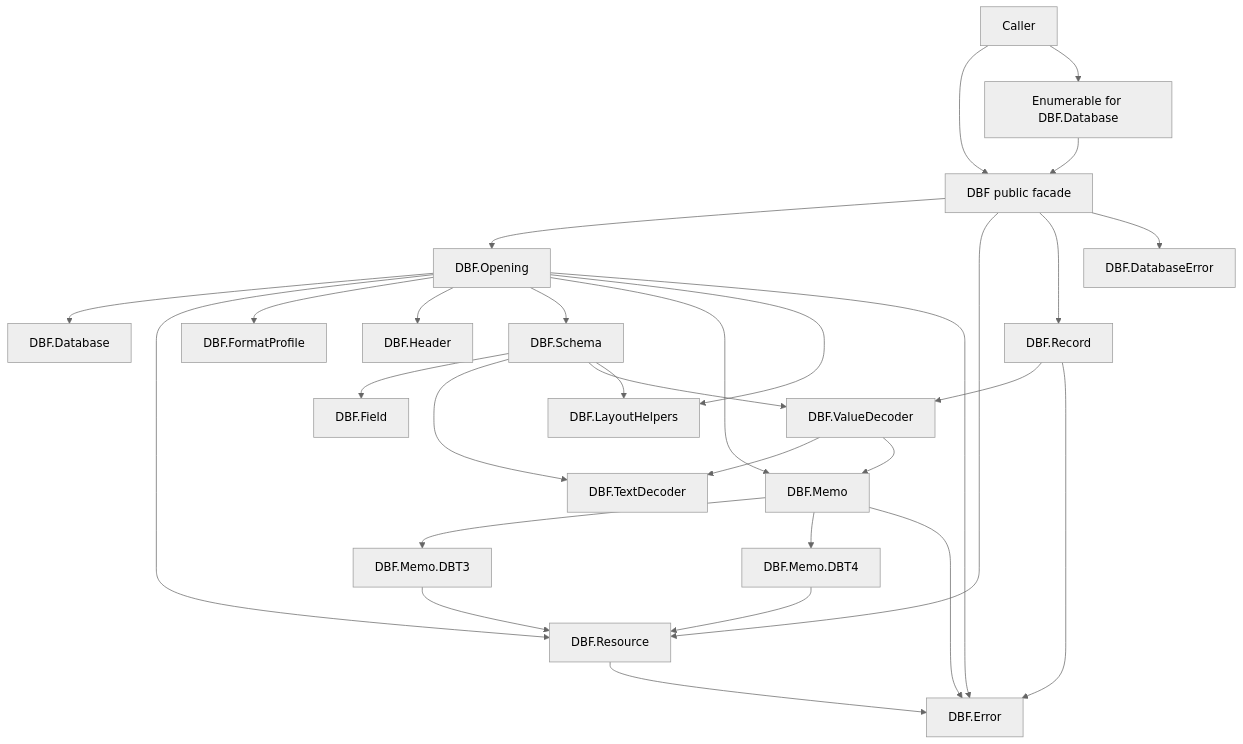
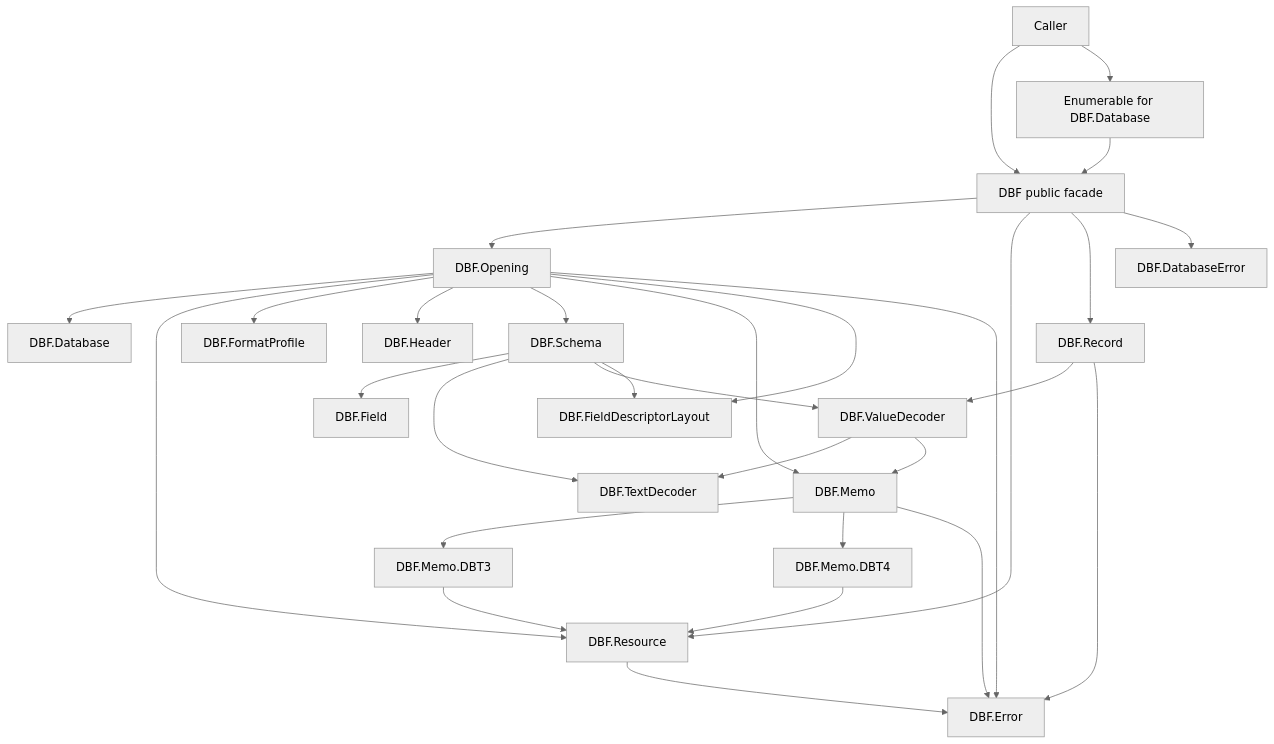
One commit to JonGretar/DBFex changed the first of 3 diagrams in docs/Architecture.md. Above: the diagram before and after it, drawn with Mermaid (neutral theme). The commit also changed other lines of this file and 8 other files, not shown here.

Commit message:
Give field descriptor layouts cohesive ownership

````diff
--- a/docs/Architecture.md
+++ b/docs/Architecture.md
@@ -34,38 +34,38 @@
 ```mermaid
 flowchart TD
     Caller[Caller] --> Facade[DBF public facade]
     Caller --> Enumerable[Enumerable for DBF.Database]
     Enumerable --> Facade
 
     Facade --> Opening[DBF.Opening]
     Facade --> Resource[DBF.Resource]
     Facade --> Record[DBF.Record]
     Opening --> Database[DBF.Database]
 
     Opening --> Resource
     Opening --> Profile[DBF.FormatProfile]
     Opening --> Header[DBF.Header]
     Opening --> Schema[DBF.Schema]
     Opening --> Memo[DBF.Memo]
-    Opening --> Layout[DBF.LayoutHelpers]
+    Opening --> Layout[DBF.FieldDescriptorLayout]
 
     Schema --> Field[DBF.Field]
     Schema --> Text[DBF.TextDecoder]
     Schema --> Values[DBF.ValueDecoder]
     Schema --> Layout
 
     Record --> Values
     Values --> Text
     Values --> Memo
 
     Memo --> DBT3[DBF.Memo.DBT3]
     Memo --> DBT4[DBF.Memo.DBT4]
     DBT3 --> Resource
     DBT4 --> Resource
 
     Opening --> InternalError[DBF.Error]
     Record --> InternalError
     Resource --> InternalError
     Memo --> InternalError
     Facade --> PublicError[DBF.DatabaseError]
 ```
````
